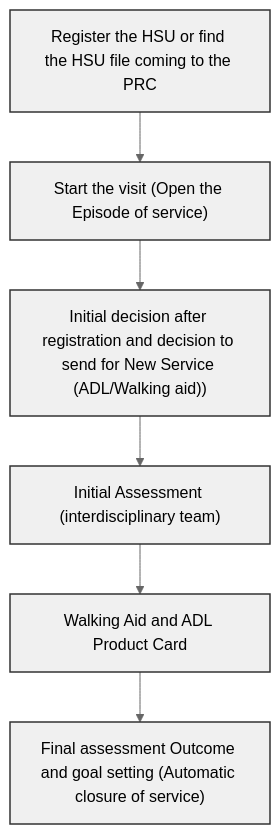
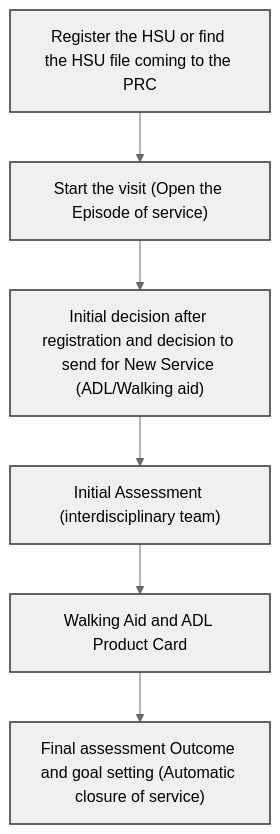
Before and after one commit to icrc/digitalhealth-docs: the fourth of 4 diagrams in digital-center-management-system-v2/openmrs/dcms-openmrs/hsu-journey-and-workflows/workflow-user-journey.md, drawn with Mermaid (neutral theme).

Commit message:
GITBOOK-169: No subject

````diff
--- a/digital-center-management-system-v2/openmrs/dcms-openmrs/hsu-journey-and-workflows/workflow-user-journey.md
+++ b/digital-center-management-system-v2/openmrs/dcms-openmrs/hsu-journey-and-workflows/workflow-user-journey.md
@@ -294,14 +294,14 @@
 ```mermaid
 flowchart TB
     %% Main flow
     A["Register the HSU or find the HSU file coming to the PRC"] --> 
     B["Start the visit (Open the Episode of service)"] --> 
-    C["Initial decision after registration and decision to send for New Service (ADL/Walking aid))"] --> 
+    C["Initial decision after registration and decision to send for New Service (ADL/Walking aid)"] --> 
     D["Initial Assessment (interdisciplinary team)"] --> 
     E["Walking Aid and ADL Product Card"] -->
 F["Final assessment Outcome and goal setting (Automatic closure of service)"]      
    
 
     %% Styling
     classDef default fill:#f0f0f0,stroke:#333,stroke-width:1.5px;
 ```
````
